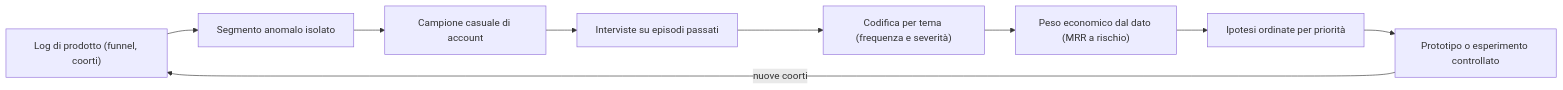
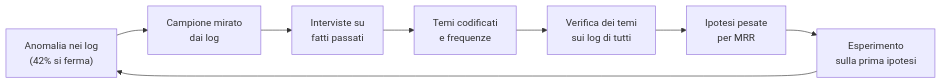
Before and after one commit to AndreyBertasini/gynnitech: the diagram in src/content/corso/analisi-prodotto/customer-development.mdx, drawn with Mermaid. The commit also changed other lines of this file and 3 other files, not shown here.

````diff
--- a/src/content/corso/analisi-prodotto/customer-development.mdx
+++ b/src/content/corso/analisi-prodotto/customer-development.mdx
@@ -92,11 +46,10 @@
 ```mermaid
 flowchart LR
-    A["Log di prodotto (funnel, coorti)"] --> B["Segmento anomalo isolato"]
-    B --> C["Campione casuale di account"]
-    C --> D["Interviste su episodi passati"]
-    D --> E["Codifica per tema (frequenza e severità)"]
-    E --> F["Peso economico dal dato (MRR a rischio)"]
-    F --> G["Ipotesi ordinate per priorità"]
-    G --> H["Prototipo o esperimento controllato"]
-    H -->|"nuove coorti"| A
+    A["Anomalia nei log<br/>(42% si ferma)"] --> B["Campione mirato<br/>dai log"]
+    B --> C["Interviste su<br/>fatti passati"]
+    C --> D["Temi codificati<br/>e frequenze"]
+    D --> E["Verifica dei temi<br/>sui log di tutti"]
+    E --> F["Ipotesi pesate<br/>per MRR"]
+    F --> G["Esperimento<br/>sulla prima ipotesi"]
+    G --> A
 ```
````
